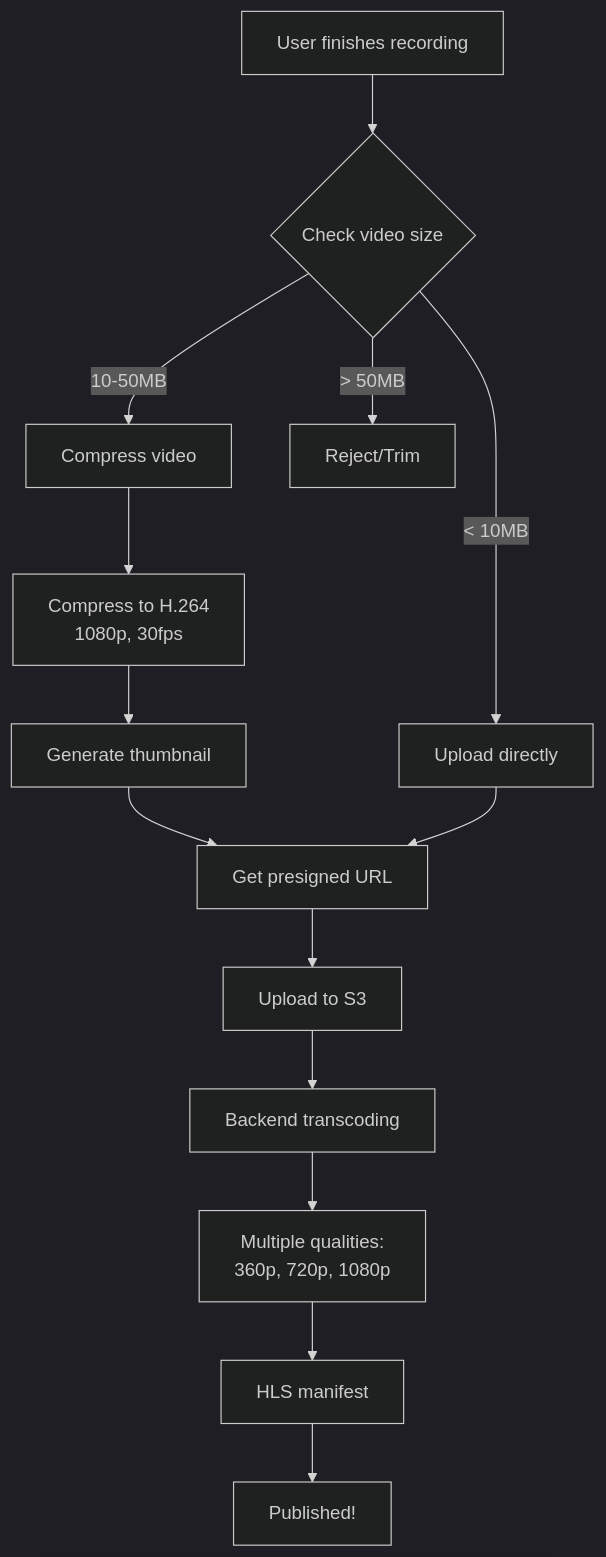
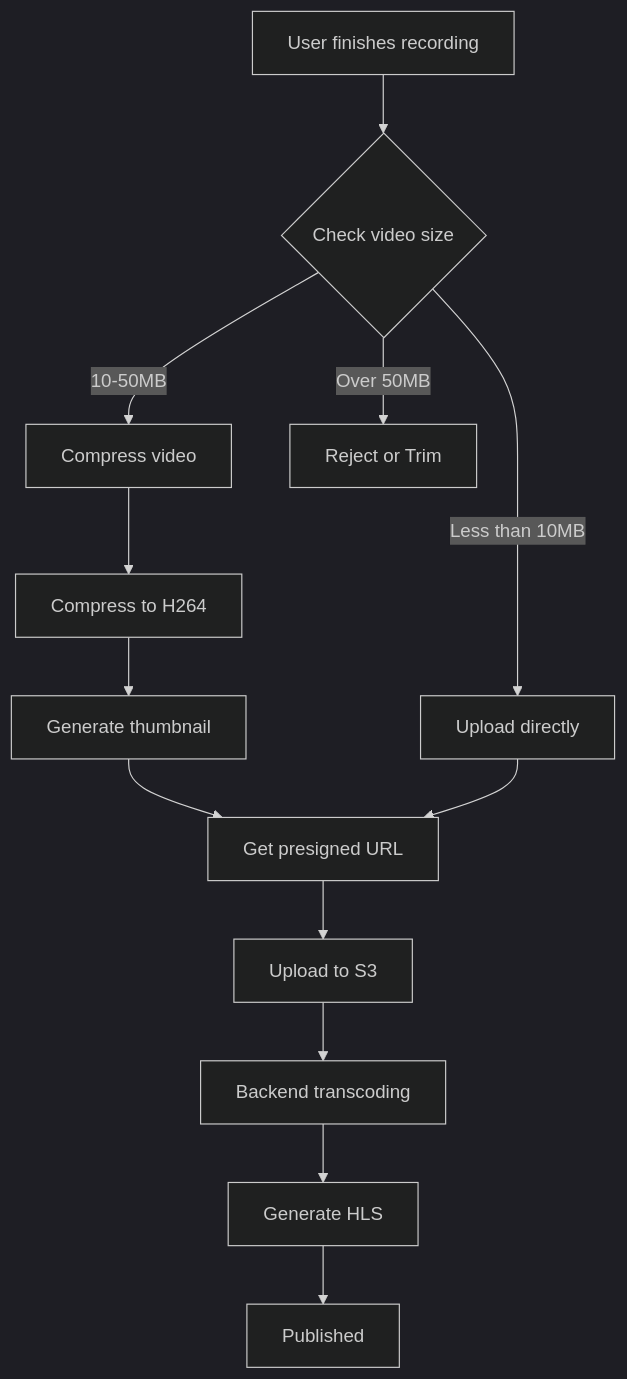
One commit to SheldonWangRJT/SheldonWangRJT.Github.io changed the fifth of 6 diagrams in _interviews/2025-10-11-short-video-app-system-design.md. Above: the diagram before and after it, drawn with Mermaid (dark theme). The commit also changed other lines of this file and 1 other file, not shown here.

Commit message:
Simplify Mermaid diagrams: remove subgraphs, use flowchart syntax, add text explanations for better readability

```diff
--- a/_interviews/2025-10-11-short-video-app-system-design.md
+++ b/_interviews/2025-10-11-short-video-app-system-design.md
@@ -520,18 +499,17 @@
 {% mermaid %}
-graph TD;
+flowchart TD;
     A[User finishes recording] --> B{Check video size};
-    B -->|< 10MB| C[Upload directly];
+    B -->|Less than 10MB| C[Upload directly];
     B -->|10-50MB| D[Compress video];
-    B -->|> 50MB| E[Reject/Trim];
+    B -->|Over 50MB| E[Reject or Trim];
     
-    D --> F[Compress to H.264<br/>1080p, 30fps];
+    D --> F[Compress to H264];
     F --> G[Generate thumbnail];
     G --> H[Get presigned URL];
     H --> I[Upload to S3];
     I --> J[Backend transcoding];
-    J --> K[Multiple qualities:<br/>360p, 720p, 1080p];
-    K --> L[HLS manifest];
-    L --> M[Published!];
+    J --> K[Generate HLS];
+    K --> L[Published];
     
     C --> H;
 {% endmermaid %}
```
